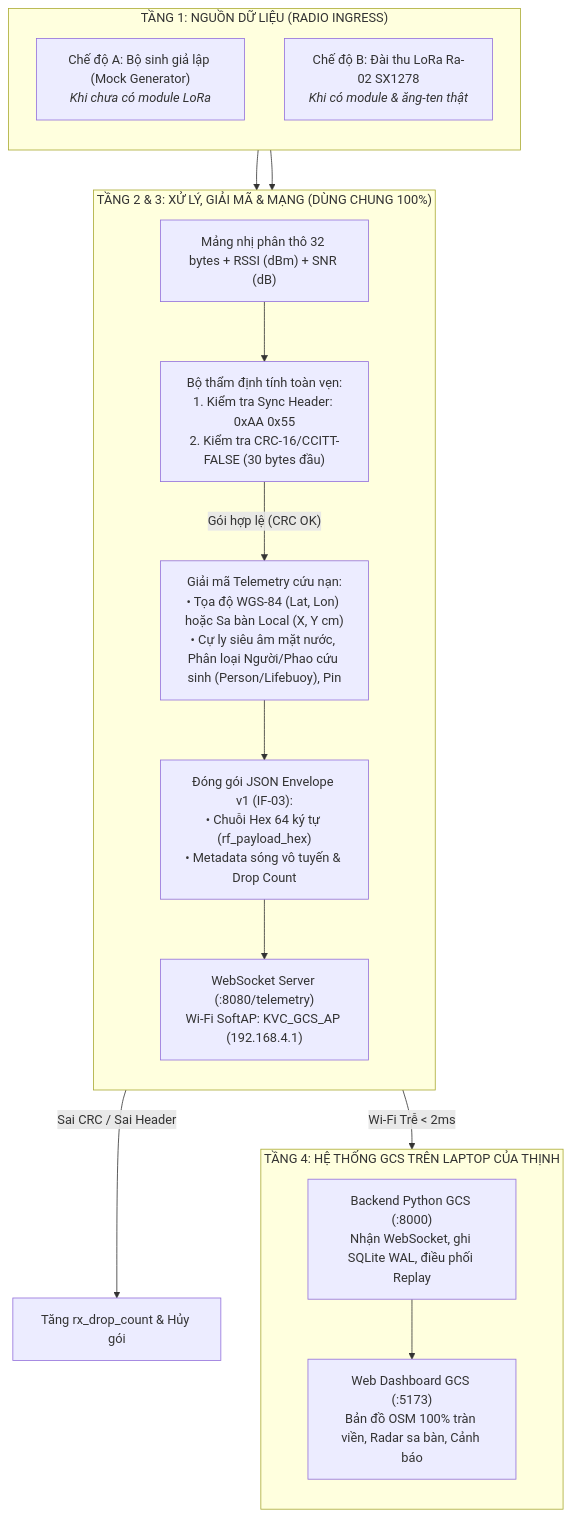
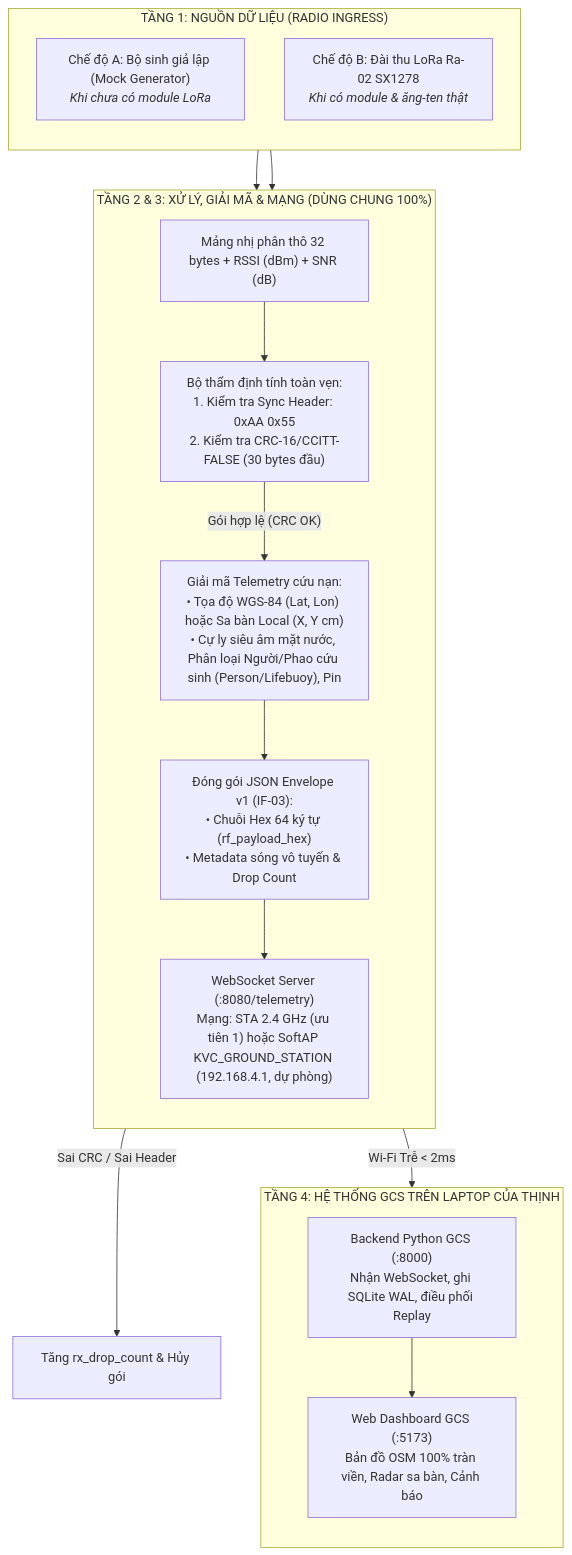
The diagram in docs/verification/GATEWAY_TEST_PLAN.md (duyphong375/uav_payload), drawn with Mermaid before and after one commit. The commit also changed other lines of this file and 40 other files, not shown here.

````diff
--- a/docs/verification/GATEWAY_TEST_PLAN.md
+++ b/docs/verification/GATEWAY_TEST_PLAN.md
@@ -17,33 +17,33 @@
 ```mermaid
 flowchart TD
     subgraph INGRESS_LAYER ["TẦNG 1: NGUỒN DỮ LIỆU (RADIO INGRESS)"]
         direction TB
         MOCK_SRC["Chế độ A: Bộ sinh giả lập (Mock Generator)<br/><i>Khi chưa có module LoRa</i>"]
         LORA_SRC["Chế độ B: Đài thu LoRa Ra-02 SX1278<br/><i>Khi có module & ăng-ten thật</i>"]
     end
 
     subgraph PIPELINE_CORE ["TẦNG 2 & 3: XỬ LÝ, GIẢI MÃ & MẠNG (DÙNG CHUNG 100%)"]
         direction TB
         HAL_OUT["Mảng nhị phân thô 32 bytes + RSSI (dBm) + SNR (dB)"]
         VALIDATOR["Bộ thẩm định tính toàn vẹn:<br/>1. Kiểm tra Sync Header: 0xAA 0x55<br/>2. Kiểm tra CRC-16/CCITT-FALSE (30 bytes đầu)"]
         PARSER["Giải mã Telemetry cứu nạn:<br/>• Tọa độ WGS-84 (Lat, Lon) hoặc Sa bàn Local (X, Y cm)<br/>• Cự ly siêu âm mặt nước, Phân loại Người/Phao cứu sinh (Person/Lifebuoy), Pin"]
         JSON_PACK["Đóng gói JSON Envelope v1 (IF-03):<br/>• Chuỗi Hex 64 ký tự (rf_payload_hex)<br/>• Metadata sóng vô tuyến & Drop Count"]
-        WS_SRV["WebSocket Server (:8080/telemetry)<br/>Wi-Fi SoftAP: KVC_GCS_AP (192.168.4.1)"]
+        WS_SRV["WebSocket Server (:8080/telemetry)<br/>Mạng: STA 2.4 GHz (ưu tiên 1) hoặc SoftAP KVC_GROUND_STATION (192.168.4.1, dự phòng)"]
     end
 
     subgraph GCS_LAPTOP ["TẦNG 4: HỆ THỐNG GCS TRÊN LAPTOP CỦA THỊNH"]
         direction TB
         BACKEND["Backend Python GCS (:8000)<br/>Nhận WebSocket, ghi SQLite WAL, điều phối Replay"]
         FRONTEND["Web Dashboard GCS (:5173)<br/>Bản đồ OSM 100% tràn viền, Radar sa bàn, Cảnh báo"]
     end
 
     MOCK_SRC --> HAL_OUT
     LORA_SRC --> HAL_OUT
     HAL_OUT --> VALIDATOR
     VALIDATOR -- "Gói hợp lệ (CRC OK)" --> PARSER
     VALIDATOR -- "Sai CRC / Sai Header" --> DROP["Tăng rx_drop_count & Hủy gói"]
     PARSER --> JSON_PACK
     JSON_PACK --> WS_SRV
     WS_SRV -- "Wi-Fi Trễ < 2ms" --> BACKEND
     BACKEND --> FRONTEND
 ```
````
